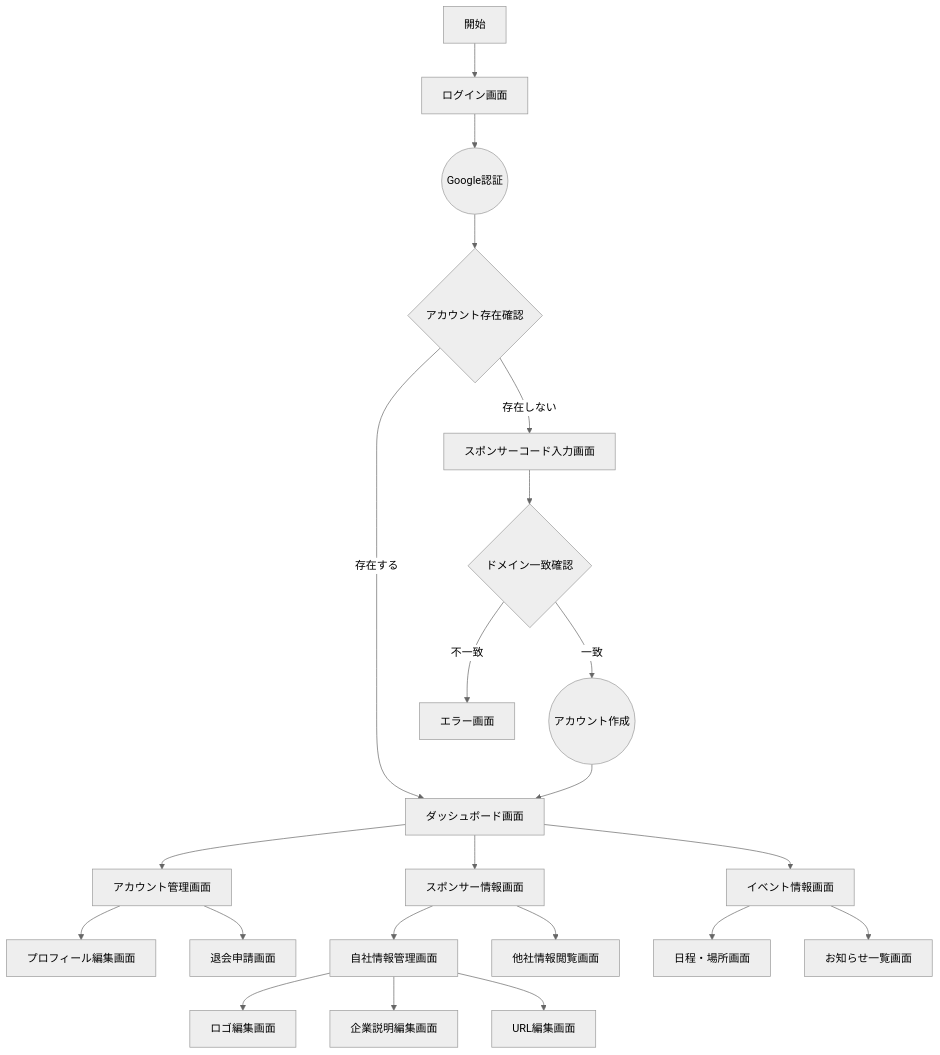
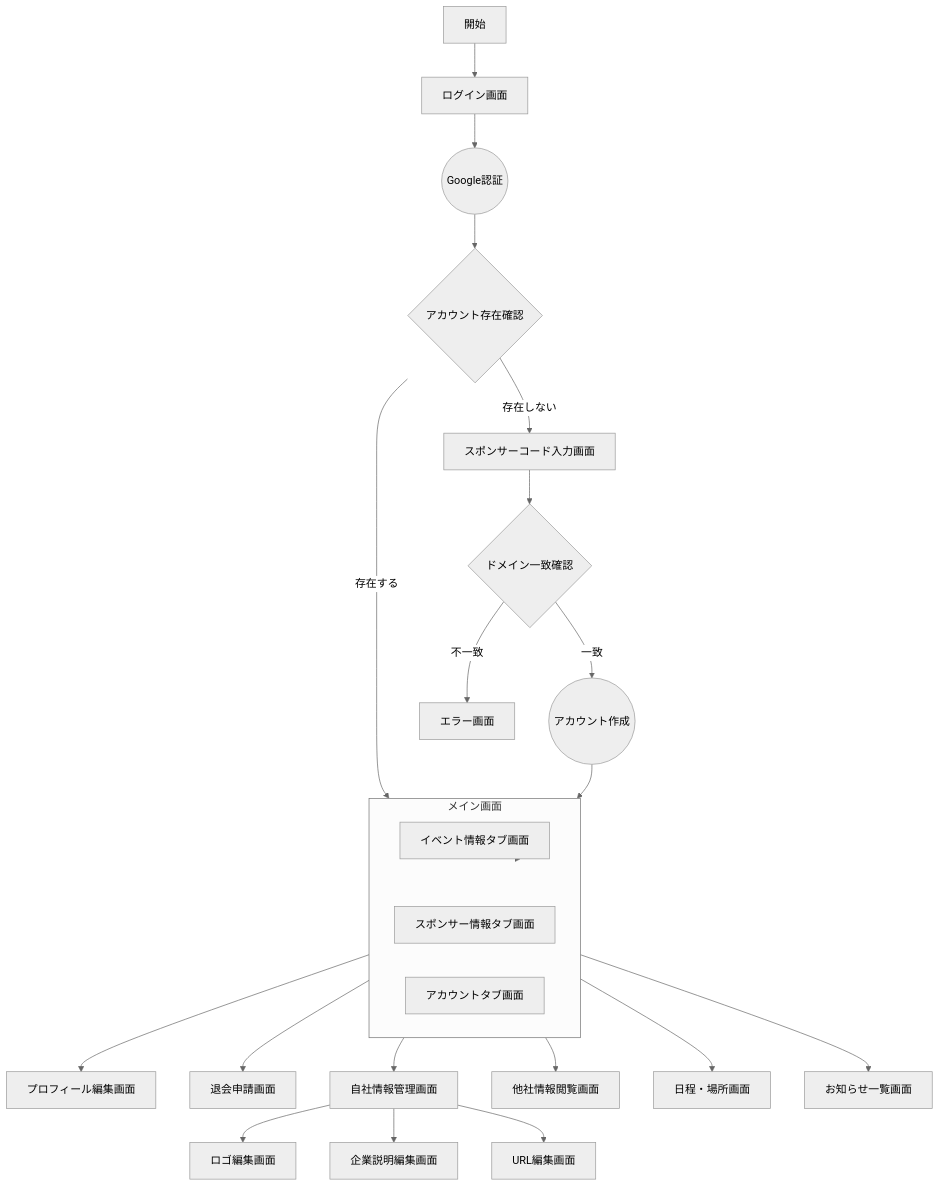
One commit to FlutterKaigi/2025 changed the diagram in docs/dashboard/SCREENS.md. Above: the diagram before and after it, drawn with Mermaid (neutral theme). The commit also changed other lines of this file, not shown here.

Commit message:
docs: ダッシュボード画面をメイン画面へリネームして構造化

````diff
--- a/docs/dashboard/SCREENS.md
+++ b/docs/dashboard/SCREENS.md
@@ -54,34 +54,40 @@
 ```mermaid
 flowchart TD
     Start[開始] --> Login[ログイン画面]
     
     %% 認証フロー
     Login --> GoogleAuth((Google認証))
     GoogleAuth --> AccountCheck{アカウント存在確認}
-    AccountCheck --> |存在する| Dashboard[ダッシュボード画面]
+    AccountCheck --> |存在する| Main[メイン画面]
     AccountCheck --> |存在しない| SponsorCode[スポンサーコード入力画面]
     
     %% 新規登録フロー
     SponsorCode --> DomainCheck{ドメイン一致確認}
     DomainCheck --> |一致| CreateAccount((アカウント作成))
     DomainCheck --> |不一致| RegisterError[エラー画面]
-    CreateAccount --> Dashboard
+    CreateAccount --> Main
     
-    %% ダッシュボード以降の画面遷移
-    Dashboard --> Account[アカウント管理画面]
-    Dashboard --> SponsorInfo[スポンサー情報画面]
-    Dashboard --> EventInfo[イベント情報画面]
+    %% メイン画面のタブ構成
+    subgraph Main[メイン画面]
+      direction LR
+      EventInfo[イベント情報タブ画面]
+      SponsorInfo[スポンサー情報タブ画面]
+      Account[アカウントタブ画面]
+    end
+    
+    %% メイン画面初期表示
+    Main --> EventInfo
     
     Account --> Profile[プロフィール編集画面]
     Account --> Withdrawal[退会申請画面]
     
     SponsorInfo --> OwnInfo[自社情報管理画面]
     SponsorInfo --> OtherInfo[他社情報閲覧画面]
     
     OwnInfo --> LogoEdit[ロゴ編集画面]
     OwnInfo --> DescEdit[企業説明編集画面]
     OwnInfo --> URLEdit[URL編集画面]
     
     EventInfo --> Schedule[日程・場所画面]
     EventInfo --> News[お知らせ一覧画面]
 ```
````
